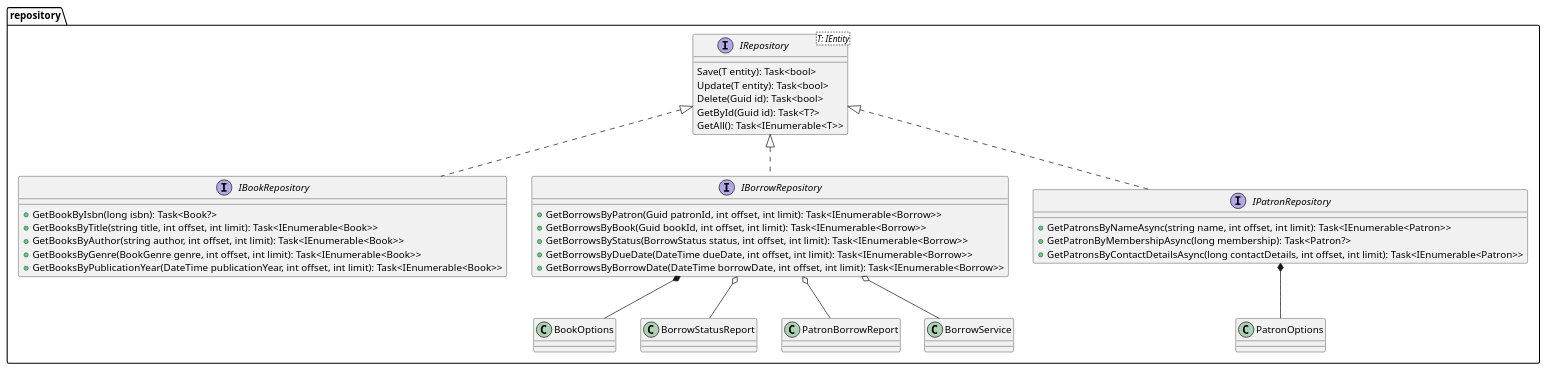
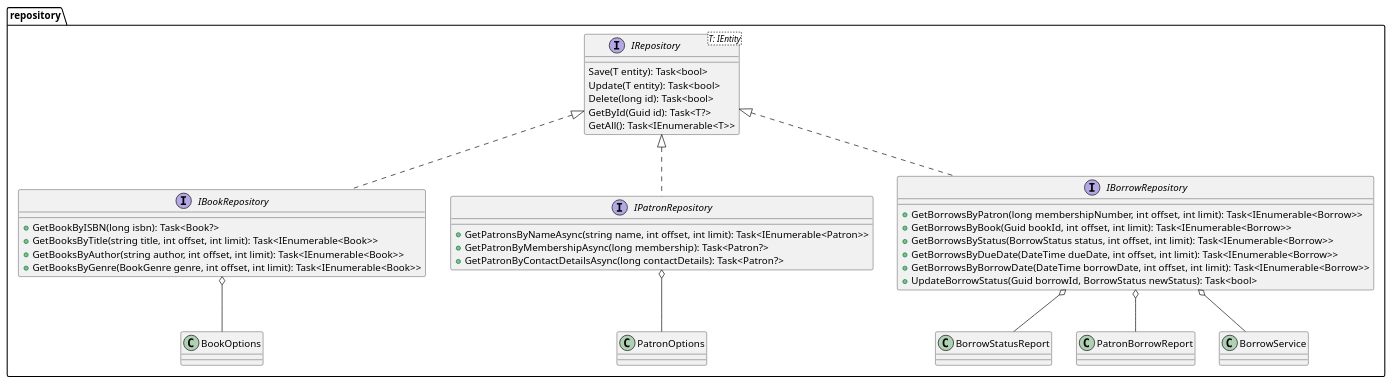
The diagram in system-design/class-diagram/domain/repository.puml (programacion-6/Opcion1LosBorbotones), drawn with PlantUML before and after one commit. The commit also changed 9 other files, not shown here.

Commit message:
chore: updated uml

```diff
--- a/system-design/class-diagram/domain/repository.puml
+++ b/system-design/class-diagram/domain/repository.puml
@@ -1,41 +1,41 @@
 @startuml
 package repository {
     interface IBookRepository {
-        + GetBookByIsbn(long isbn): Task<Book?>
+        + GetBookByISBN(long isbn): Task<Book?>
         + GetBooksByTitle(string title, int offset, int limit): Task<IEnumerable<Book>>
         + GetBooksByAuthor(string author, int offset, int limit): Task<IEnumerable<Book>>
         + GetBooksByGenre(BookGenre genre, int offset, int limit): Task<IEnumerable<Book>>
-        + GetBooksByPublicationYear(DateTime publicationYear, int offset, int limit): Task<IEnumerable<Book>>
     }
-    IBorrowRepository *-- BookOptions
+    IBookRepository o-- BookOptions
 
     interface IPatronRepository {
         + GetPatronsByNameAsync(string name, int offset, int limit): Task<IEnumerable<Patron>>
         + GetPatronByMembershipAsync(long membership): Task<Patron?>
-        + GetPatronsByContactDetailsAsync(long contactDetails, int offset, int limit): Task<IEnumerable<Patron>>
+        + GetPatronByContactDetailsAsync(long contactDetails): Task<Patron?>
     }
-    IPatronRepository *-- PatronOptions
+    IPatronRepository o-- PatronOptions
 
     interface IBorrowRepository {
-        + GetBorrowsByPatron(Guid patronId, int offset, int limit): Task<IEnumerable<Borrow>>
+        + GetBorrowsByPatron(long membershipNumber, int offset, int limit): Task<IEnumerable<Borrow>>
         + GetBorrowsByBook(Guid bookId, int offset, int limit): Task<IEnumerable<Borrow>>
         + GetBorrowsByStatus(BorrowStatus status, int offset, int limit): Task<IEnumerable<Borrow>>
         + GetBorrowsByDueDate(DateTime dueDate, int offset, int limit): Task<IEnumerable<Borrow>>
         + GetBorrowsByBorrowDate(DateTime borrowDate, int offset, int limit): Task<IEnumerable<Borrow>>
+        + UpdateBorrowStatus(Guid borrowId, BorrowStatus newStatus): Task<bool>
     }
     IBorrowRepository o-- BorrowStatusReport
     IBorrowRepository o-- PatronBorrowReport
     IBorrowRepository o-- BorrowService
 
     interface IRepository<T: IEntity> {
          Save(T entity): Task<bool>
          Update(T entity): Task<bool>
-         Delete(Guid id): Task<bool>
+         Delete(long id): Task<bool>
          GetById(Guid id): Task<T?>
          GetAll(): Task<IEnumerable<T>>
     }
     IRepository <|.. IBookRepository
     IRepository <|.. IPatronRepository
     IRepository <|.. IBorrowRepository
 }
 @enduml
```
